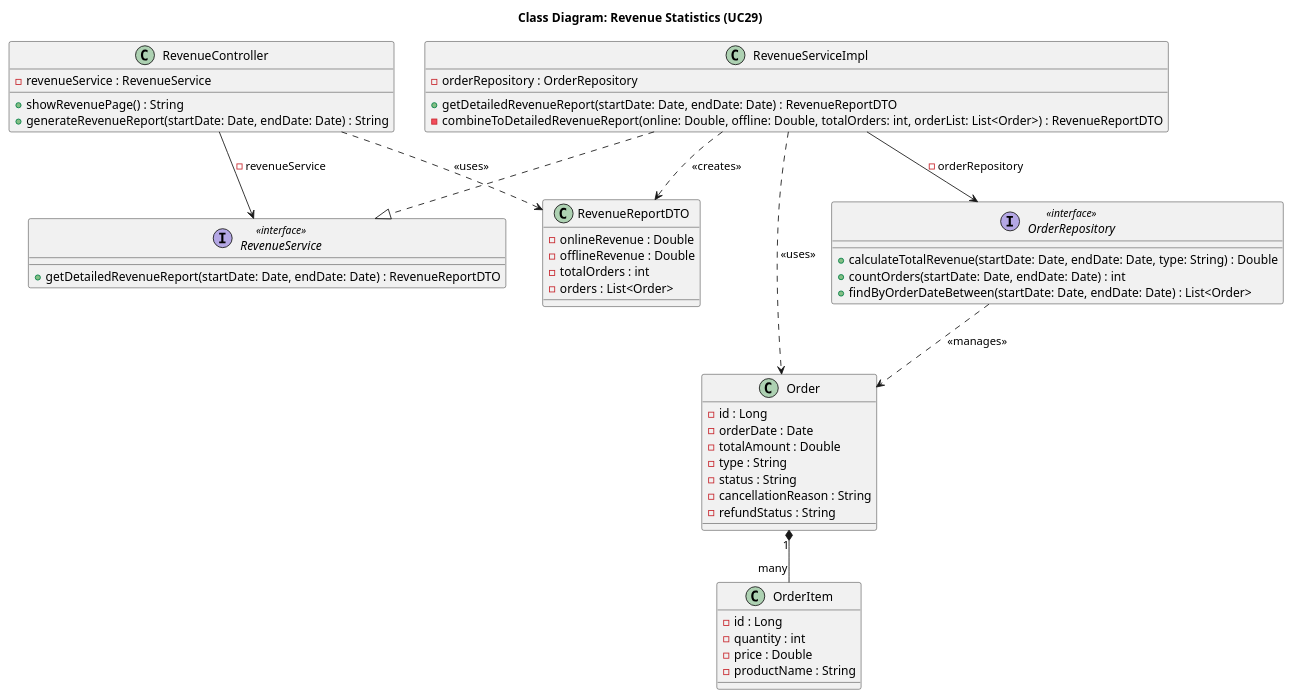
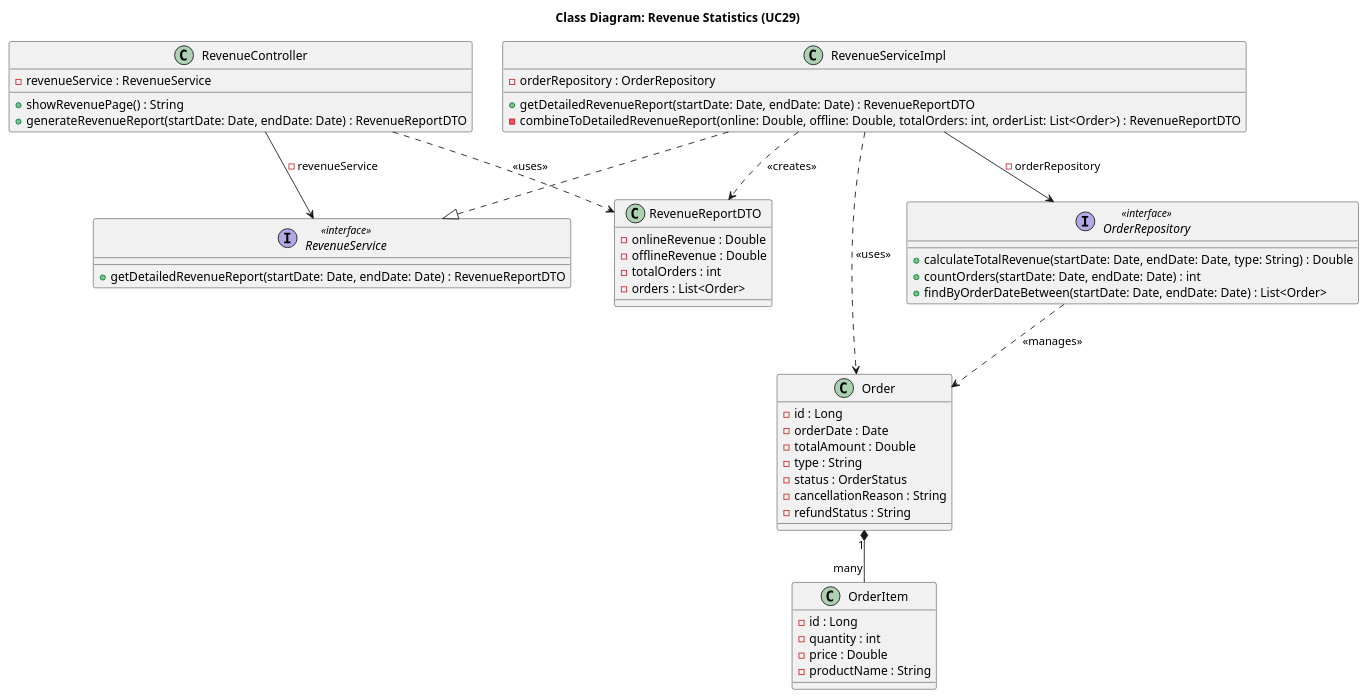
The diagram in src/main/java/org/example/fashionstoresystem/uml/Class/CD29_RevenueStatistics.puml (Peterdir/fashion-store-system), drawn with PlantUML before and after one commit. The commit also changed 36 other files, not shown here.

```diff
--- a/src/main/java/org/example/fashionstoresystem/uml/Class/CD29_RevenueStatistics.puml
+++ b/src/main/java/org/example/fashionstoresystem/uml/Class/CD29_RevenueStatistics.puml
@@ -1,73 +1,76 @@
 @startuml
 title Class Diagram: Revenue Statistics (UC29)
 
 ' Controller
 class RevenueController {
     - revenueService : RevenueService
     + showRevenuePage() : String
-    + generateRevenueReport(startDate: Date, endDate: Date) : String
+    + generateRevenueReport(startDate: Date, endDate: Date) : RevenueReportDTO
 }
 
 ' Service
 interface RevenueService <<interface>> {
     + getDetailedRevenueReport(startDate: Date, endDate: Date) : RevenueReportDTO
 }
 
 class RevenueServiceImpl {
     - orderRepository : OrderRepository
     + getDetailedRevenueReport(startDate: Date, endDate: Date) : RevenueReportDTO
     - combineToDetailedRevenueReport(online: Double, offline: Double, totalOrders: int, orderList: List<Order>) : RevenueReportDTO
 }
 
 ' Repository
 interface OrderRepository <<interface>> {
     + calculateTotalRevenue(startDate: Date, endDate: Date, type: String) : Double
     + countOrders(startDate: Date, endDate: Date) : int
     + findByOrderDateBetween(startDate: Date, endDate: Date) : List<Order>
 }
 
-' Entity & DTO
+' DTO
+
 class RevenueReportDTO {
     - onlineRevenue : Double
     - offlineRevenue : Double
     - totalOrders : int
     - orders : List<Order>
 }
 
+' Entity
+
 class Order {
     - id : Long
     - orderDate : Date
     - totalAmount : Double
     - type : String
-    - status : String
+    - status : OrderStatus
     - cancellationReason : String
     - refundStatus : String
 }
 
 class OrderItem {
     - id : Long
     - quantity : int
     - price : Double
     - productName : String
 }
 
 ' Relationships
 
 ' Composition (Order contains OrderItems)
 Order "1" *-- "many" OrderItem
 
 ' Implementation
 RevenueServiceImpl ..|> RevenueService
 
 ' Dependency Injection
 RevenueController --> RevenueService : - revenueService
 RevenueServiceImpl --> OrderRepository : - orderRepository
 
 ' Object Usage
 RevenueController ..> RevenueReportDTO : <<uses>>
 RevenueServiceImpl ..> RevenueReportDTO : <<creates>>
 
 OrderRepository ..> Order : <<manages>>
 RevenueServiceImpl ..> Order : <<uses>>
 
 @enduml
```
